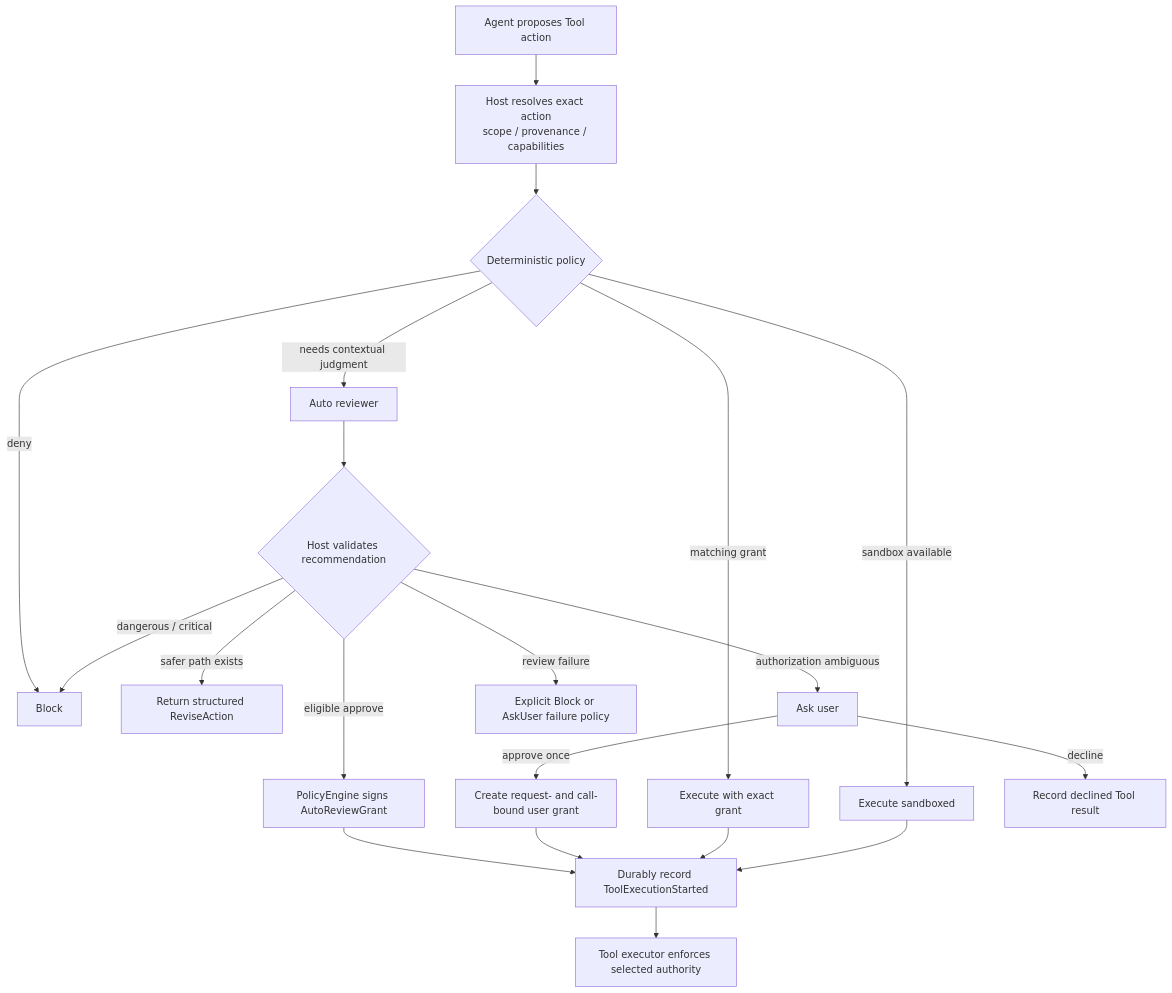
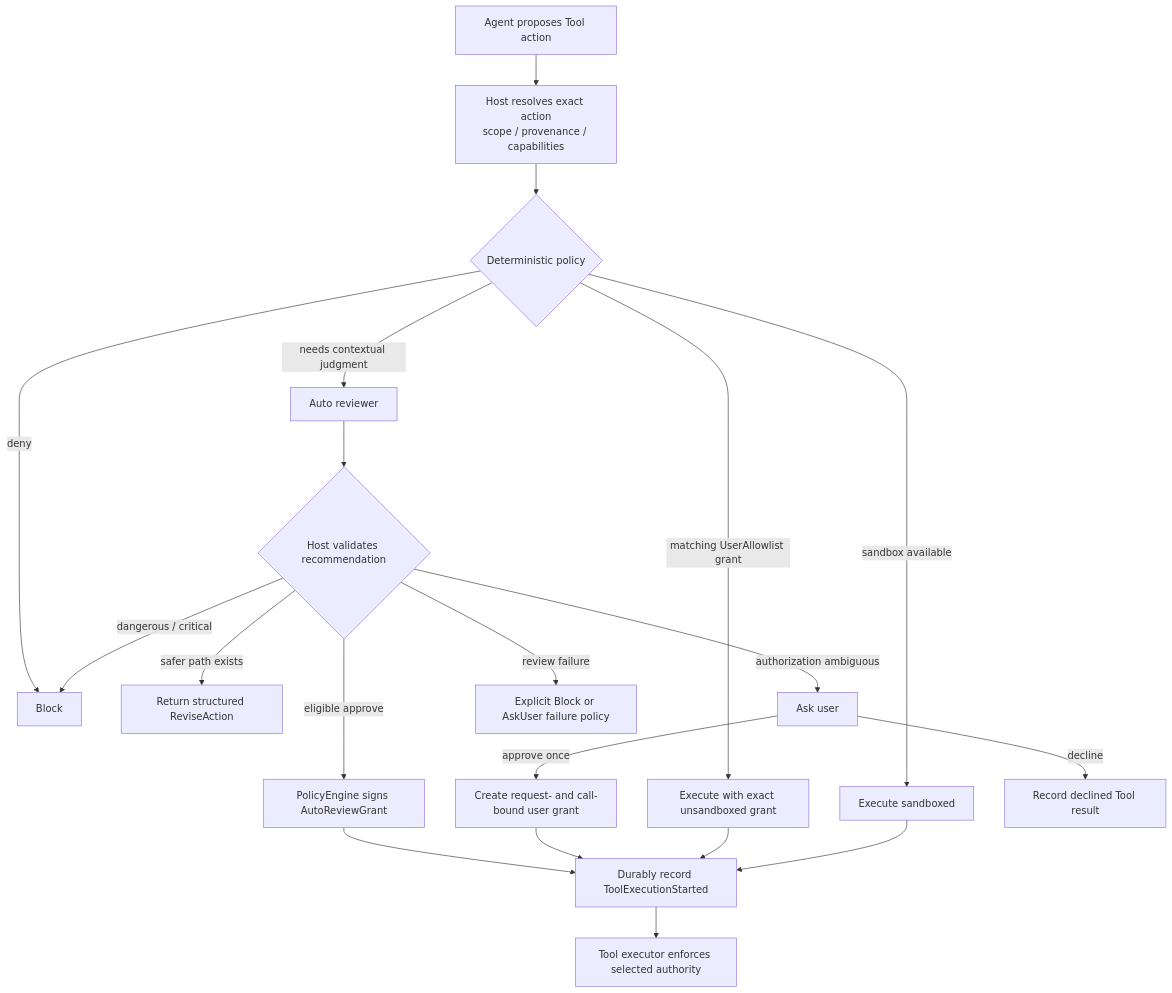
The diagram in docs/auto-review.md (chogng/zeta), drawn with Mermaid before and after one commit. The commit also changed other lines of this file and 177 other files, not shown here.

````diff
--- a/docs/auto-review.md
+++ b/docs/auto-review.md
@@ -83,22 +86,22 @@
 ```mermaid
 flowchart TD
     A["Agent proposes Tool action"] --> B["Host resolves exact action<br/>scope / provenance / capabilities"]
     B --> C{"Deterministic policy"}
     C -- "deny" --> X["Block"]
-    C -- "matching grant" --> G["Execute with exact grant"]
+    C -- "matching UserAllowlist grant" --> G["Execute with exact unsandboxed grant"]
     C -- "sandbox available" --> S["Execute sandboxed"]
     C -- "needs contextual judgment" --> R["Auto reviewer"]
     R --> V{"Host validates recommendation"}
     V -- "eligible approve" --> AG["PolicyEngine signs AutoReviewGrant"]
     V -- "safer path exists" --> SA["Return structured ReviseAction"]
     V -- "authorization ambiguous" --> U["Ask user"]
     V -- "dangerous / critical" --> X
     V -- "review failure" --> F["Explicit Block or AskUser failure policy"]
     U -- "approve once" --> UG["Create request- and call-bound user grant"]
     U -- "decline" --> D["Record declined Tool result"]
     AG --> E["Durably record ToolExecutionStarted"]
     UG --> E
     G --> E
     S --> E
     E --> T["Tool executor enforces selected authority"]
 ```
````
